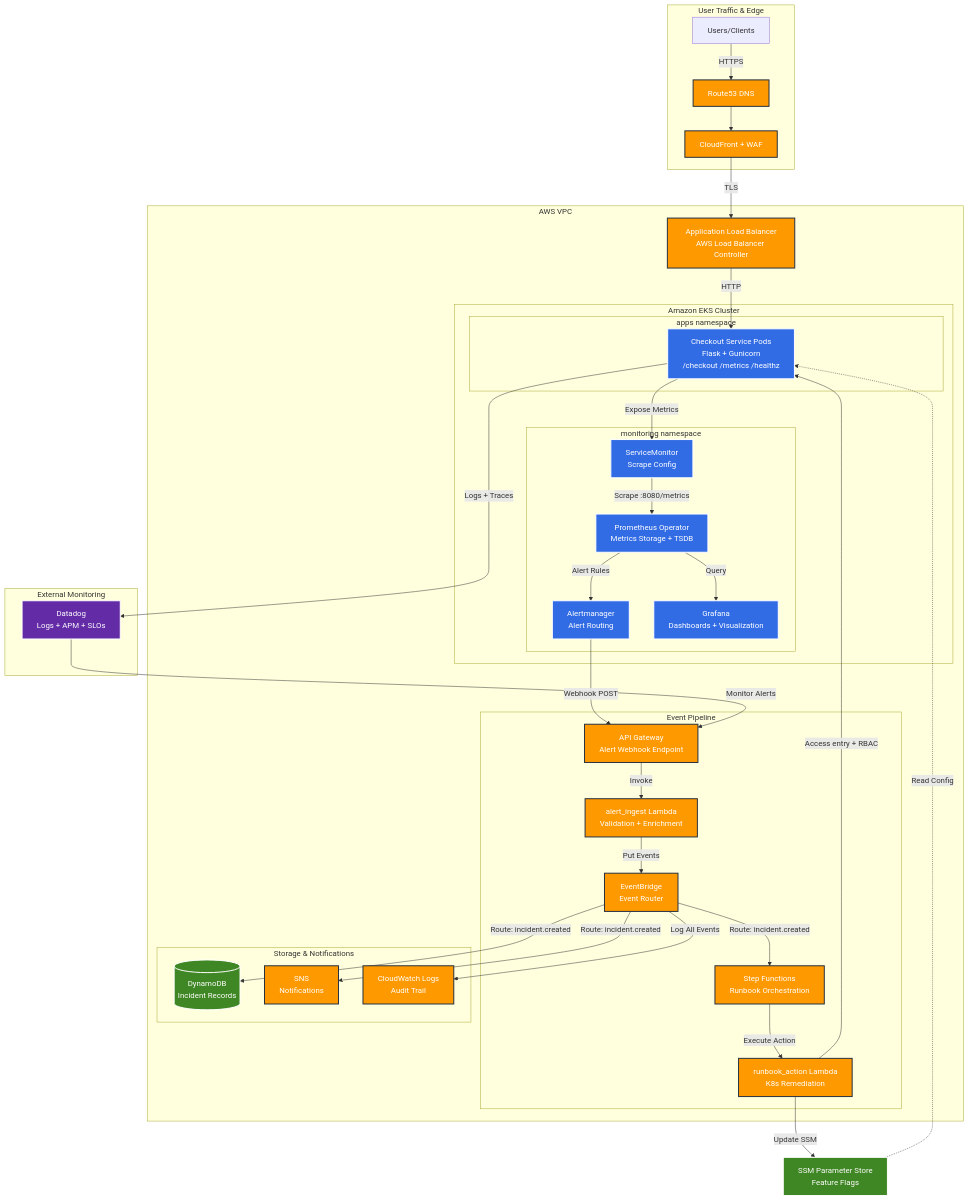
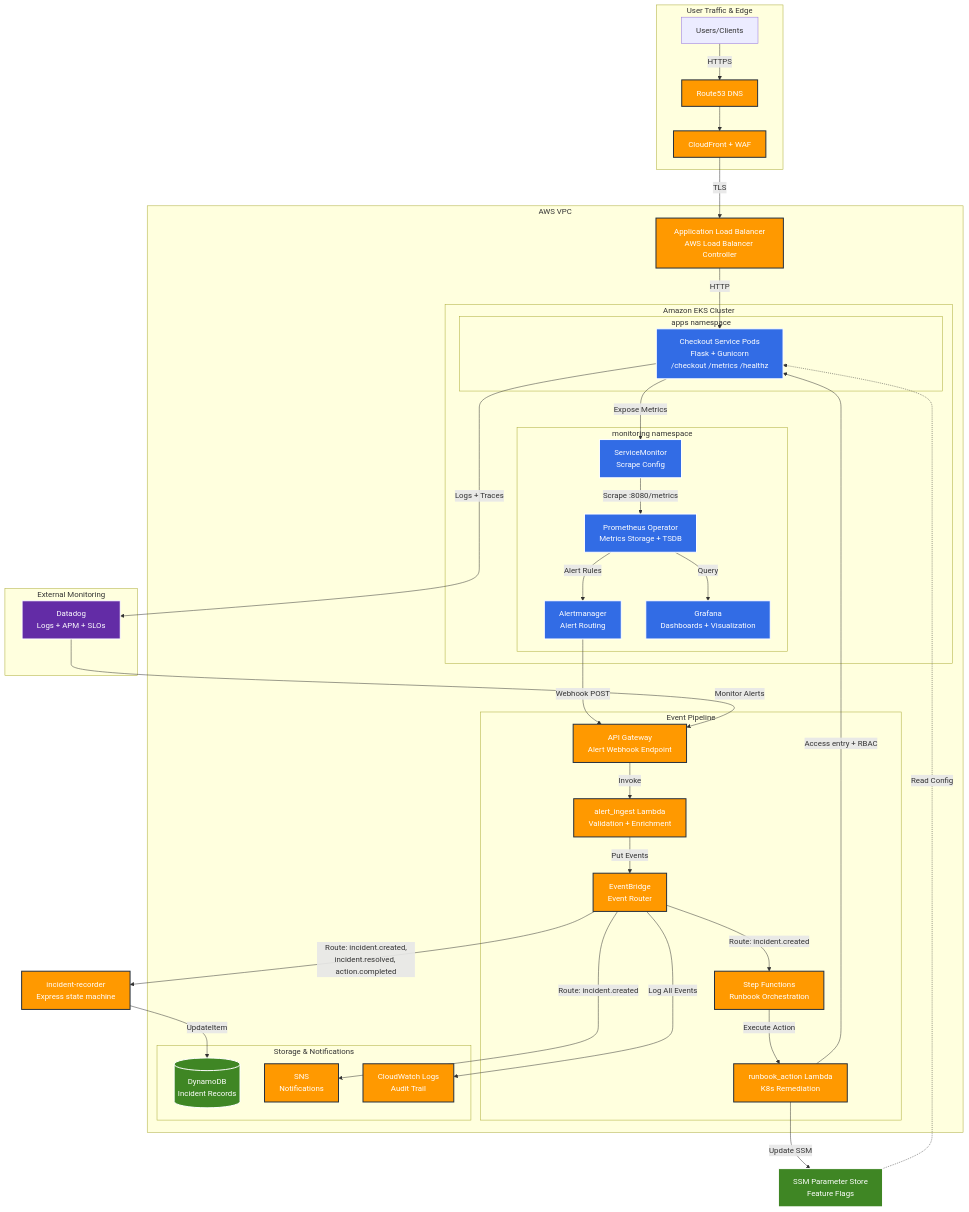
The first of 4 diagrams in docs/architecture/README.md (amrutp24/event-driven-sre-platform), drawn with Mermaid before and after one commit. The commit also changed other lines of this file and 10 other files, not shown here.

```diff
--- a/docs/architecture/README.md
+++ b/docs/architecture/README.md
@@ -79,7 +79,8 @@
     L1 -->|Put Events| EB
 
     %% Event Routing
-    EB -->|Route: incident.created| DDB
+    EB -->|Route: incident.created,<br/>incident.resolved, action.completed| REC[incident-recorder<br/>Express state machine]
+    REC -->|UpdateItem| DDB
     EB -->|Route: incident.created| SNS
     EB -->|Route: incident.created| SF
     EB -->|Log All Events| CW
@@ -96,7 +97,7 @@
     classDef storage fill:#3F8624,stroke:#fff,stroke-width:2px,color:#fff
     classDef external fill:#632CA6,stroke:#fff,stroke-width:2px,color:#fff
 
-    class APIGW,L1,L2,EB,SF,ALB,R53,CF,SNS,CW aws
+    class APIGW,L1,L2,EB,SF,REC,ALB,R53,CF,SNS,CW aws
     class APP,PROM,AM,GRAF,SM k8s
     class DDB,SSM storage
     class DD external
```
